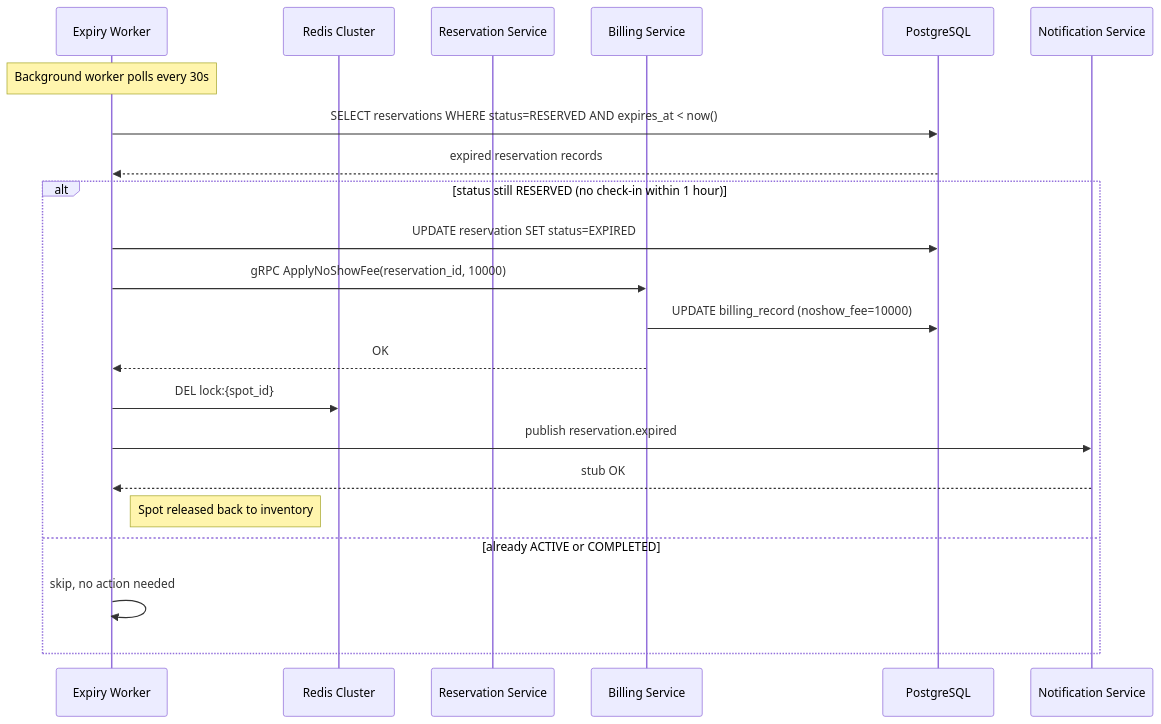
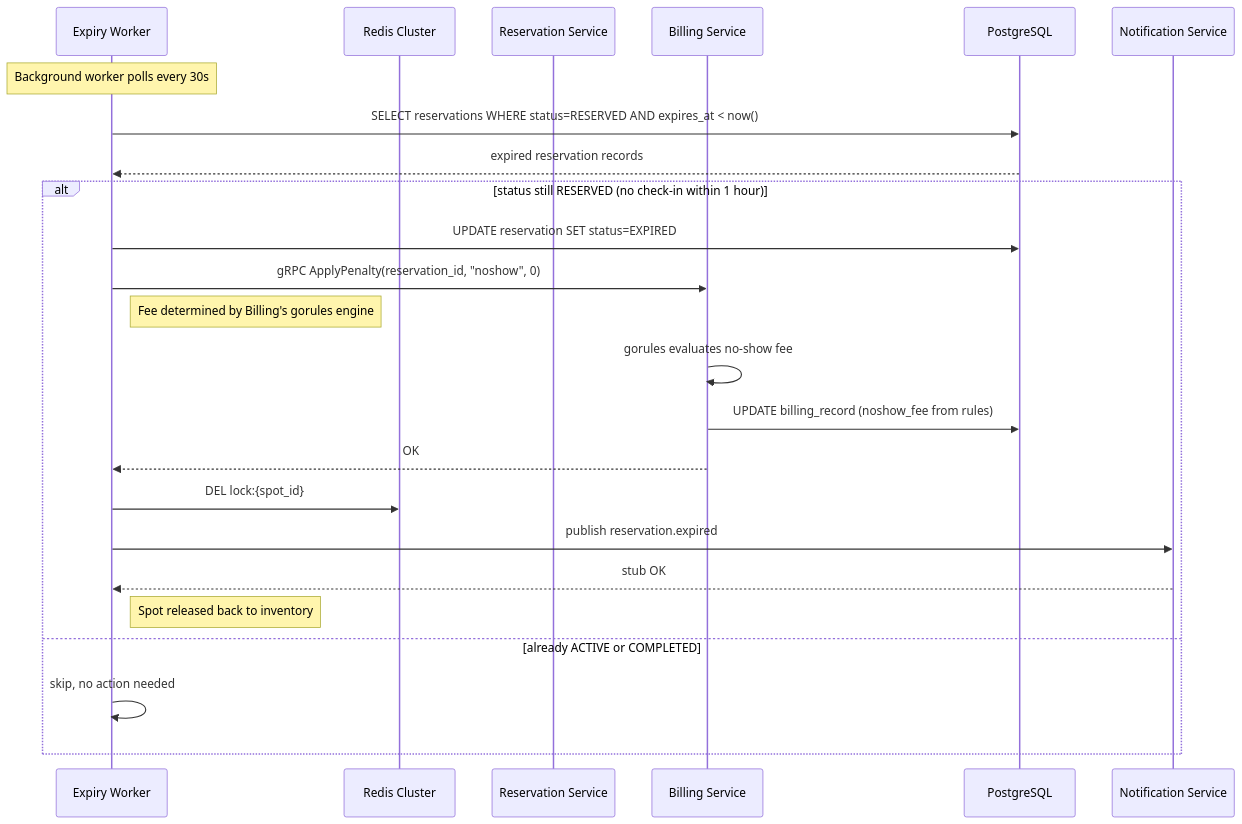
One commit to ParkirPintar/parkir-pintar-backend changed diagram 18 of 23 in README.md. Above: the diagram before and after it, drawn with Mermaid. The commit also changed other lines of this file and 7 other files, not shown here.

First line of the commit message:
feat(billing): integrate gorules JDM engine for dynamic pricing evaluation

````diff
--- a/README.md
+++ b/README.md
@@ -1252,26 +1252,28 @@
 ```mermaid
 sequenceDiagram
     participant Worker as Expiry Worker
     participant Redis as Redis Cluster
     participant Reservation as Reservation Service
     participant Billing as Billing Service
     participant DB as PostgreSQL
     participant Notif as Notification Service
 
     note over Worker: Background worker polls every 30s
     Worker->>DB: SELECT reservations WHERE status=RESERVED AND expires_at < now()
     DB-->>Worker: expired reservation records
 
     alt status still RESERVED (no check-in within 1 hour)
         Worker->>DB: UPDATE reservation SET status=EXPIRED
-        Worker->>Billing: gRPC ApplyNoShowFee(reservation_id, 10000)
-        Billing->>DB: UPDATE billing_record (noshow_fee=10000)
+        Worker->>Billing: gRPC ApplyPenalty(reservation_id, "noshow", 0)
+        note right of Worker: Fee determined by Billing's gorules engine
+        Billing->>Billing: gorules evaluates no-show fee
+        Billing->>DB: UPDATE billing_record (noshow_fee from rules)
         Billing-->>Worker: OK
         Worker->>Redis: DEL lock:{spot_id}
         Worker->>Notif: publish reservation.expired
         Notif-->>Worker: stub OK
         note right of Worker: Spot released back to inventory
     else already ACTIVE or COMPLETED
         Worker->>Worker: skip, no action needed
     end
 ```
````
